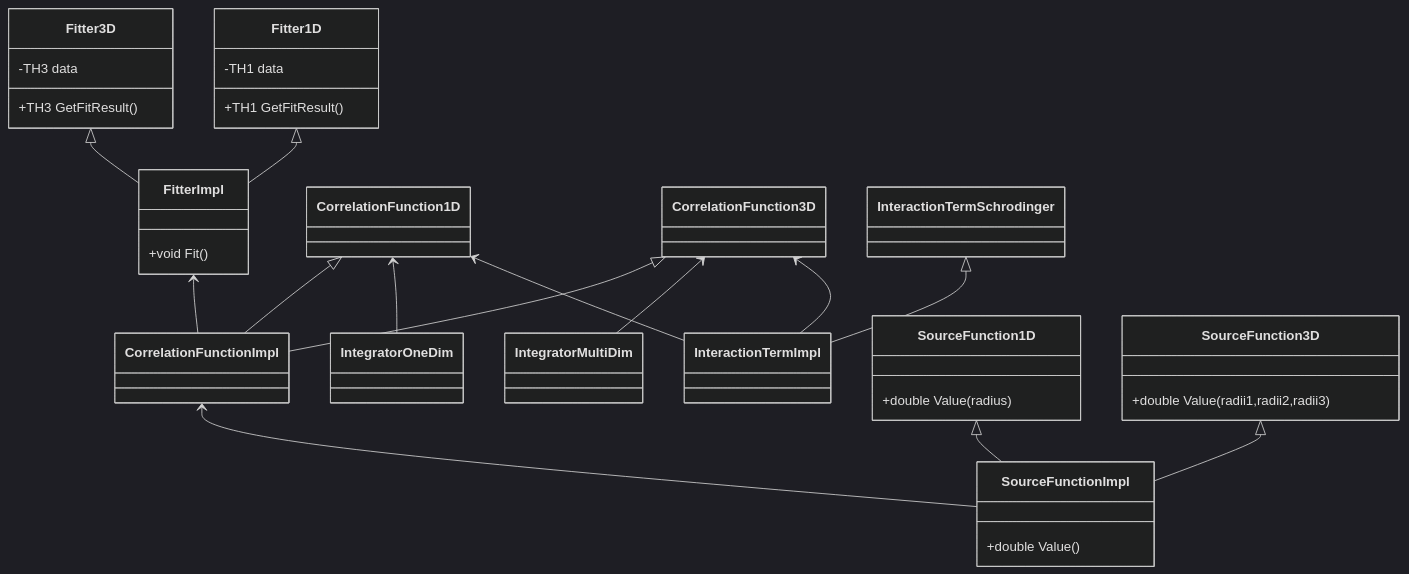
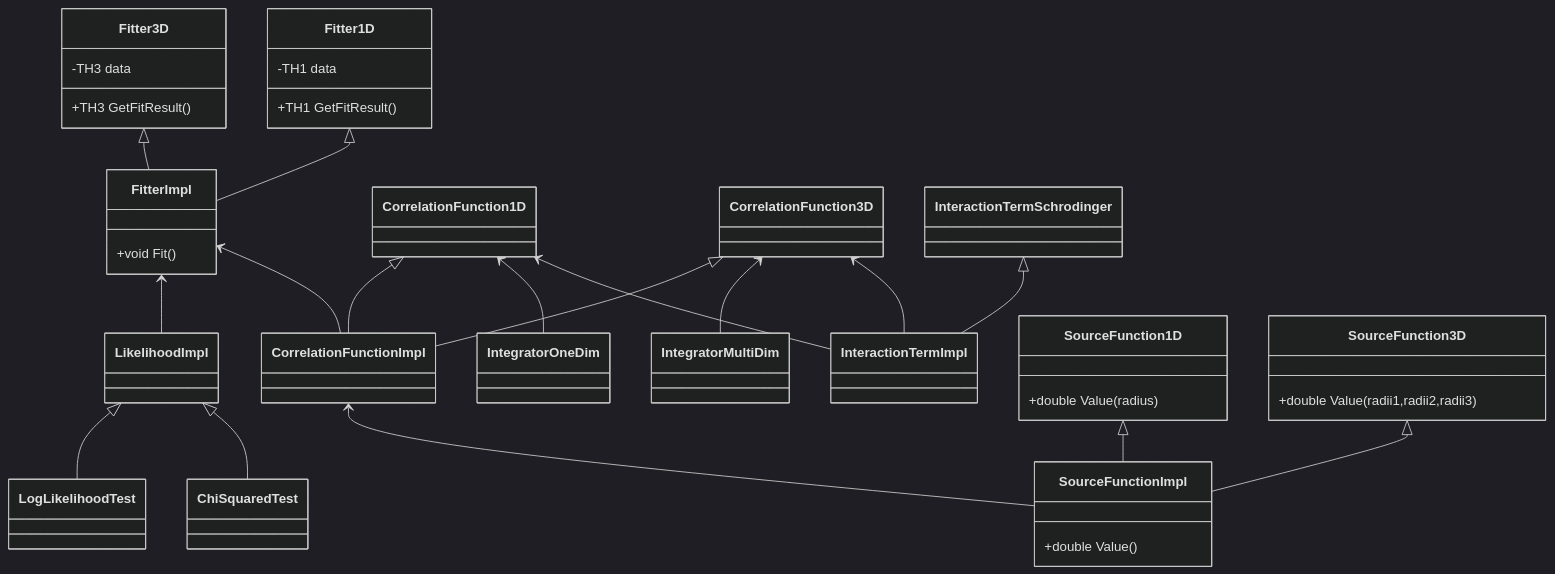
One commit to JohnTheBlindMilkman/JJCorrFitter changed the first of 2 diagrams in README.md. Above: the diagram before and after it, drawn with Mermaid (dark theme). The commit also changed 10 other files, not shown here.

````diff
--- a/README.md
+++ b/README.md
@@ -6,48 +6,57 @@
 ```mermaid
 
 classDiagram
     Fitter1D <|-- FitterImpl
     Fitter3D <|-- FitterImpl
     CorrelationFunctionImpl <-- SourceFunctionImpl
     CorrelationFunction1D <-- InteractionTermImpl
     CorrelationFunction3D <-- InteractionTermImpl
     InteractionTermSchrodinger <|-- InteractionTermImpl
     CorrelationFunction1D <-- IntegratorOneDim
     CorrelationFunction3D <-- IntegratorMultiDim
     CorrelationFunction1D <|-- CorrelationFunctionImpl
     CorrelationFunction3D <|-- CorrelationFunctionImpl
     FitterImpl <-- CorrelationFunctionImpl
+    FitterImpl <-- LikelihoodImpl
     SourceFunction1D <|-- SourceFunctionImpl
     SourceFunction3D <|-- SourceFunctionImpl
+    LikelihoodImpl <|-- ChiSquaredTest
+    LikelihoodImpl <|-- LogLikelihoodTest
     class FitterImpl{
         +void Fit()
     }
     class Fitter1D{
         -TH1 data
         +TH1 GetFitResult()
     }
     class Fitter3D{
         -TH3 data
         +TH3 GetFitResult()
     }
     class SourceFunctionImpl{
         +double Value()
     }
     class SourceFunction1D{
         +double Value(radius)
     }
     class SourceFunction3D{
         +double Value(radii1,radii2,radii3)
     }
     class CorrelationFunctionImpl{
     }
     class CorrelationFunction1D{
     }
     class CorrelationFunction3D{
     }
     class InteractionTermImpl{
     }
     class InteractionTermSchrodinger{
     }
+    class LikelihoodImpl{
+    }
+    class ChiSquaredTest{
+    }
+    class LogLikelihoodTest{
+    }
 
 ```
````
